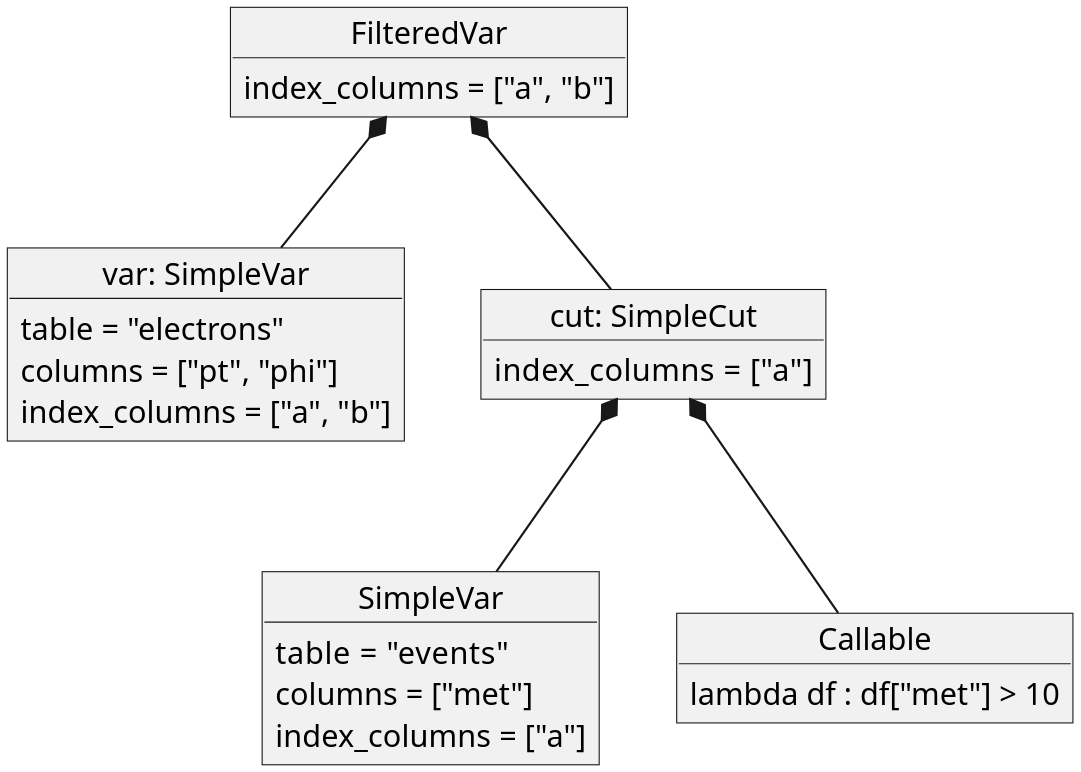
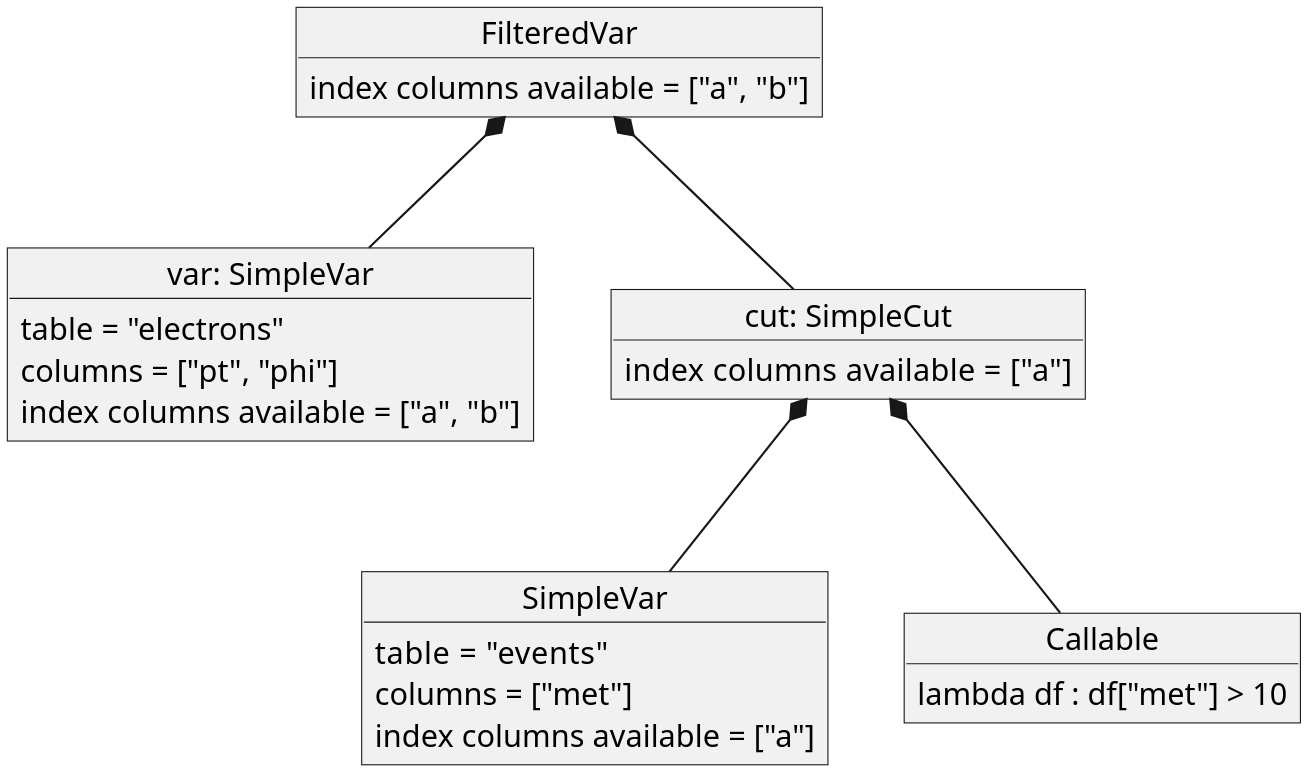
Before and after one commit to marcpaterno/pandana3-design: the diagram in diagrams/fv-uc-01.pu, drawn with PlantUML. The commit also changed 2 other files, not shown here.

Commit message:
Try to emphasize the index columns in not instance data

```diff
--- a/diagrams/fv-uc-01.pu
+++ b/diagrams/fv-uc-01.pu
@@ -1,33 +1,33 @@
 @startuml
 skinparam dpi 300
 
 object "var: SimpleVar" as var {
   table = "electrons"
   columns = ["pt", "phi"]
-  index_columns = ["a", "b"]
+  index columns available = ["a", "b"]
 }
 
 object "cut: SimpleCut" as cut {
-  index_columns =  ["a"]
+  index columns available =  ["a"]
 }
 
 object "SimpleVar" as met {
   table =  "events"
   columns = ["met"]
-  index_columns = ["a"]
+  index columns available = ["a"]
 }
 
 object "FilteredVar" as fv {
-  index_columns = ["a", "b"]
+  index columns available = ["a", "b"]
 }
 
 object "Callable" as pred {
  lambda df : df["met"] > 10
 }
 
 cut *-- met
 cut *-- pred
 fv *-- var
 fv *-- cut
 
 @enduml
```
